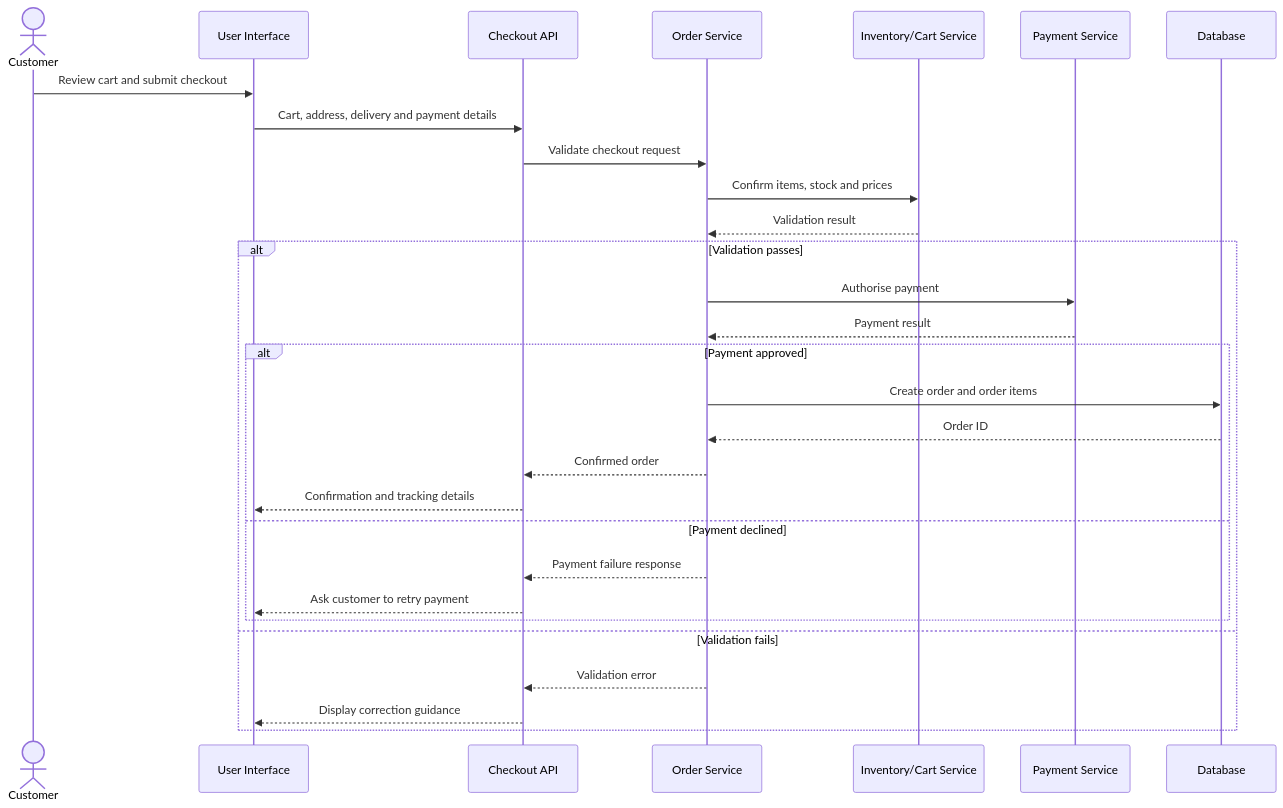
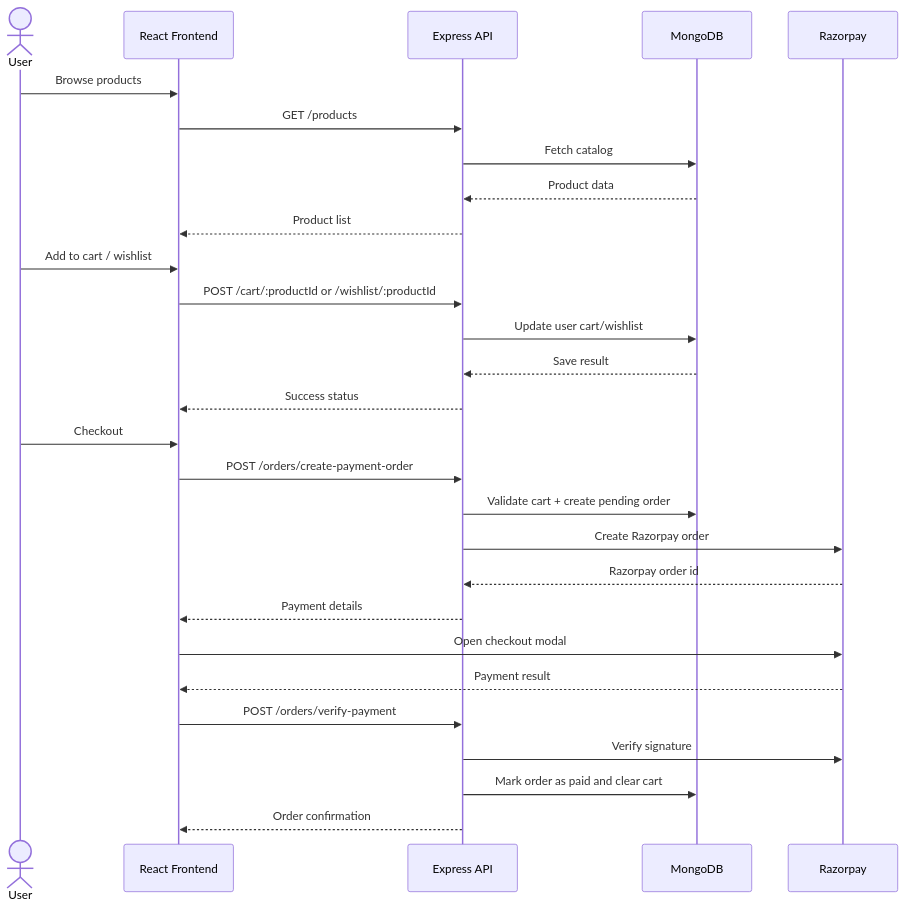
The third of 3 diagrams in README.md (YASHK-arch/ShopKart-BEL), drawn with Mermaid before and after one commit. The commit also changed other lines of this file and 3 other files, not shown here.

````diff
--- a/README.md
+++ b/README.md
@@ -87,32 +66,33 @@
 ```mermaid
 sequenceDiagram
-    actor Customer
-    participant UI as User Interface
-    participant API as Checkout API
-    participant Order as Order Service
-    participant Inventory as Inventory/Cart Service
-    participant Payment as Payment Service
-    participant DB as Database
+    actor User
+    participant FE as React Frontend
+    participant BE as Express API
+    participant DB as MongoDB
+    participant RP as Razorpay
 
-    Customer->>UI: Review cart and submit checkout
-    UI->>API: Cart, address, delivery and payment details
-    API->>Order: Validate checkout request
-    Order->>Inventory: Confirm items, stock and prices
-    Inventory-->>Order: Validation result
-    alt Validation passes
-        Order->>Payment: Authorise payment
-        Payment-->>Order: Payment result
-        alt Payment approved
-            Order->>DB: Create order and order items
-            DB-->>Order: Order ID
-            Order-->>API: Confirmed order
-            API-->>UI: Confirmation and tracking details
-        else Payment declined
-            Order-->>API: Payment failure response
-            API-->>UI: Ask customer to retry payment
-        end
-    else Validation fails
-        Order-->>API: Validation error
-        API-->>UI: Display correction guidance
-    end
+    User->>FE: Browse products
+    FE->>BE: GET /products
+    BE->>DB: Fetch catalog
+    DB-->>BE: Product data
+    BE-->>FE: Product list
+
+    User->>FE: Add to cart / wishlist
+    FE->>BE: POST /cart/:productId or /wishlist/:productId
+    BE->>DB: Update user cart/wishlist
+    DB-->>BE: Save result
+    BE-->>FE: Success status
+
+    User->>FE: Checkout
+    FE->>BE: POST /orders/create-payment-order
+    BE->>DB: Validate cart + create pending order
+    BE->>RP: Create Razorpay order
+    RP-->>BE: Razorpay order id
+    BE-->>FE: Payment details
+    FE->>RP: Open checkout modal
+    RP-->>FE: Payment result
+    FE->>BE: POST /orders/verify-payment
+    BE->>RP: Verify signature
+    BE->>DB: Mark order as paid and clear cart
+    BE-->>FE: Order confirmation
 ```
````
